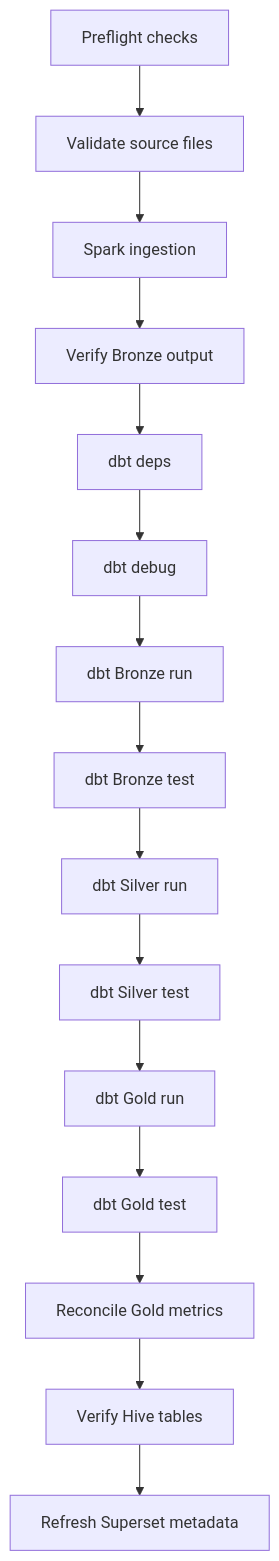
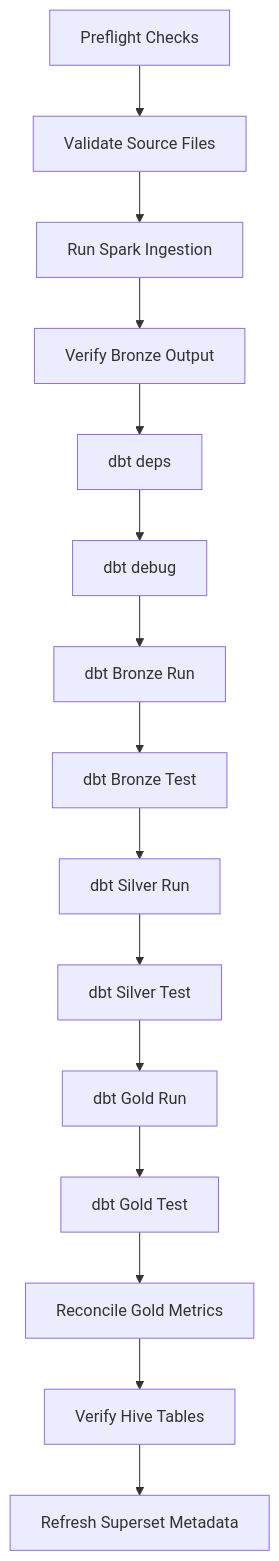
One commit to BeyzanurArslaan/BigData-Pipeline-Project changed the second of 2 diagrams in DESIGN.md. Above: the diagram before and after it, drawn with Mermaid. The commit also changed other lines of this file and 2 other files, not shown here.

````diff
--- a/DESIGN.md
+++ b/DESIGN.md
@@ -171,17 +340,17 @@
 ```mermaid
 flowchart TD
-    A[Preflight checks] --> B[Validate source files]
-    B --> C[Spark ingestion]
-    C --> D[Verify Bronze output]
+    A[Preflight Checks] --> B[Validate Source Files]
+    B --> C[Run Spark Ingestion]
+    C --> D[Verify Bronze Output]
     D --> E[dbt deps]
     E --> F[dbt debug]
-    F --> G[dbt Bronze run]
-    G --> H[dbt Bronze test]
-    H --> I[dbt Silver run]
-    I --> J[dbt Silver test]
-    J --> K[dbt Gold run]
-    K --> L[dbt Gold test]
-    L --> M[Reconcile Gold metrics]
-    M --> N[Verify Hive tables]
-    N --> O[Refresh Superset metadata]
+    F --> G[dbt Bronze Run]
+    G --> H[dbt Bronze Test]
+    H --> I[dbt Silver Run]
+    I --> J[dbt Silver Test]
+    J --> K[dbt Gold Run]
+    K --> L[dbt Gold Test]
+    L --> M[Reconcile Gold Metrics]
+    M --> N[Verify Hive Tables]
+    N --> O[Refresh Superset Metadata]
 ```
````
